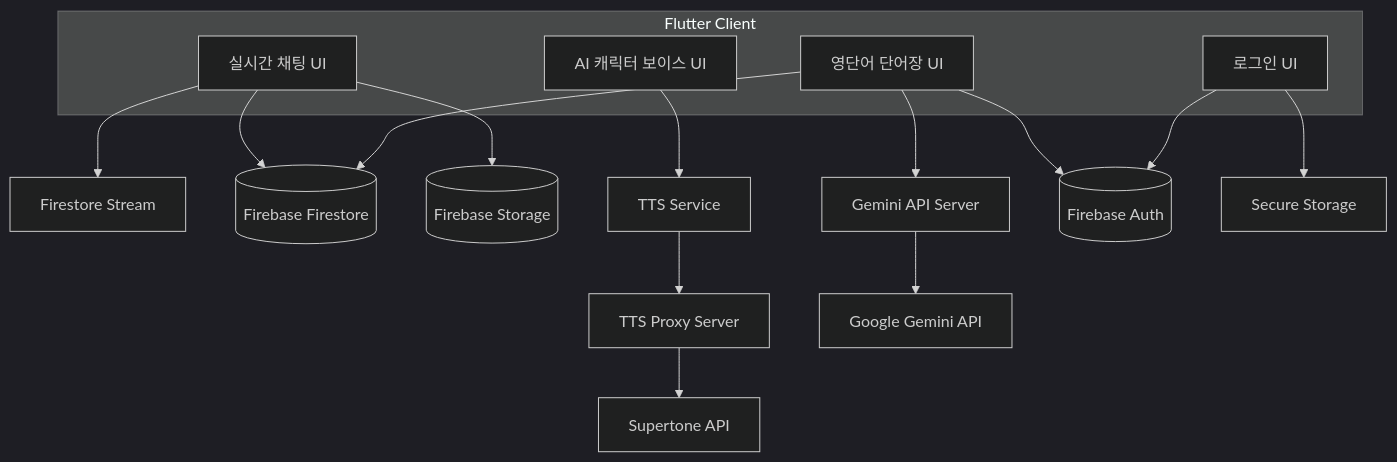
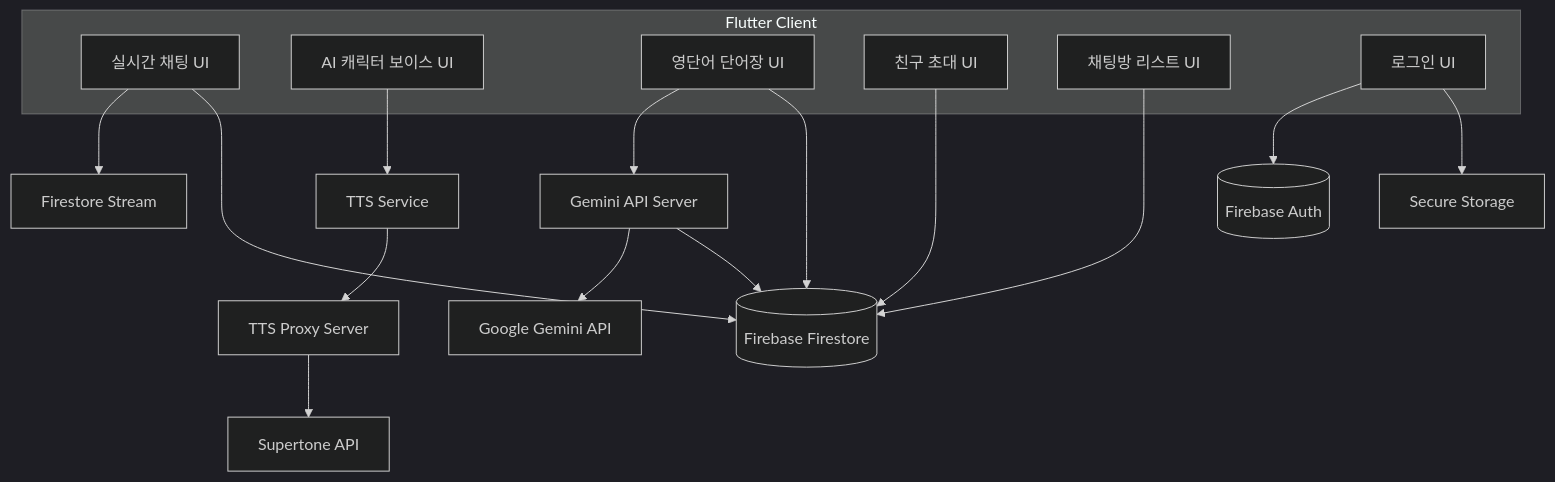
Before and after one commit to 8848man/machat: the diagram in README.md, drawn with Mermaid (dark theme). The commit also changed other lines of this file, not shown here.

````diff
--- a/README.md
+++ b/README.md
@@ -20,35 +20,42 @@
 ```mermaid
 graph TB
 
+    %% --- 클라이언트 ---
     subgraph Client[Flutter Client]
         ChatUI[실시간 채팅 UI]
         VoiceUI[AI 캐릭터 보이스 UI]
         VocabUI[영단어 단어장 UI]
+        InviteUI[친구 초대 UI]
+        RoomListUI[채팅방 리스트 UI]
         LoginUI[로그인 UI]
     end
 
     %% --- 실시간 채팅 ---
     ChatUI --> FS_Stream[Firestore Stream]
     ChatUI --> FS_DB[Firebase Firestore]
-    ChatUI --> FS_Storage[Firebase Storage]
 
     %% --- AI 캐릭터 보이스 ---
     VoiceUI --> TTS_Service[TTS Service]
     TTS_Service --> TTS_Proxy[TTS Proxy Server]
     TTS_Proxy --> Supertone[Supertone API]
 
     %% --- 단어장 기능 ---
     VocabUI --> Gemini_Server[Gemini API Server]
     Gemini_Server --> Gemini_API[Google Gemini API]
     VocabUI --> FS_DB
-    VocabUI --> FB_Auth[Firebase Auth]
+    Gemini_Server --> FS_DB
+
+    %% --- 친구 초대 ---
+    InviteUI --> FS_DB
+
+    %% --- 채팅방 리스트 관리 ---
+    RoomListUI --> FS_DB
 
     %% --- 로그인 기능 ---
-    LoginUI --> FB_Auth
+    LoginUI --> FB_Auth[Firebase Auth]
     LoginUI --> SecureStorage[Secure Storage]
 
     %% --- Firebase 공통 ---
     FS_DB[(Firebase Firestore)]
-    FS_Storage[(Firebase Storage)]
     FB_Auth[(Firebase Auth)]
 ```
````
